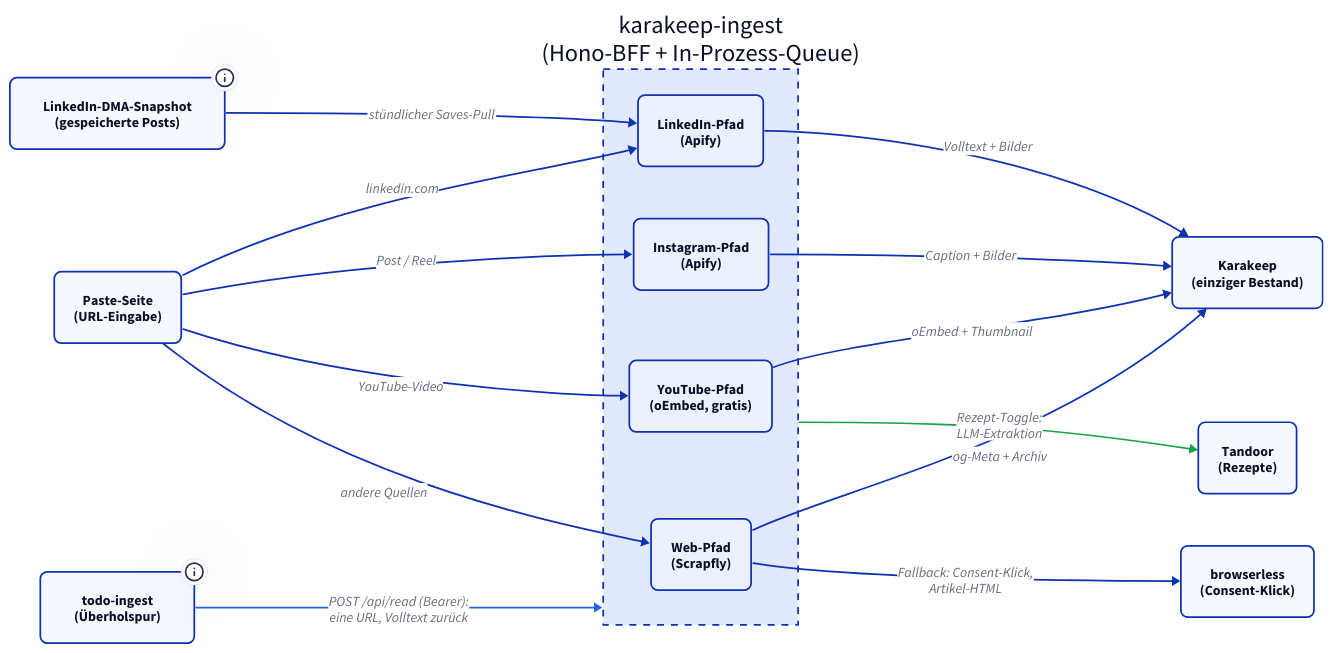
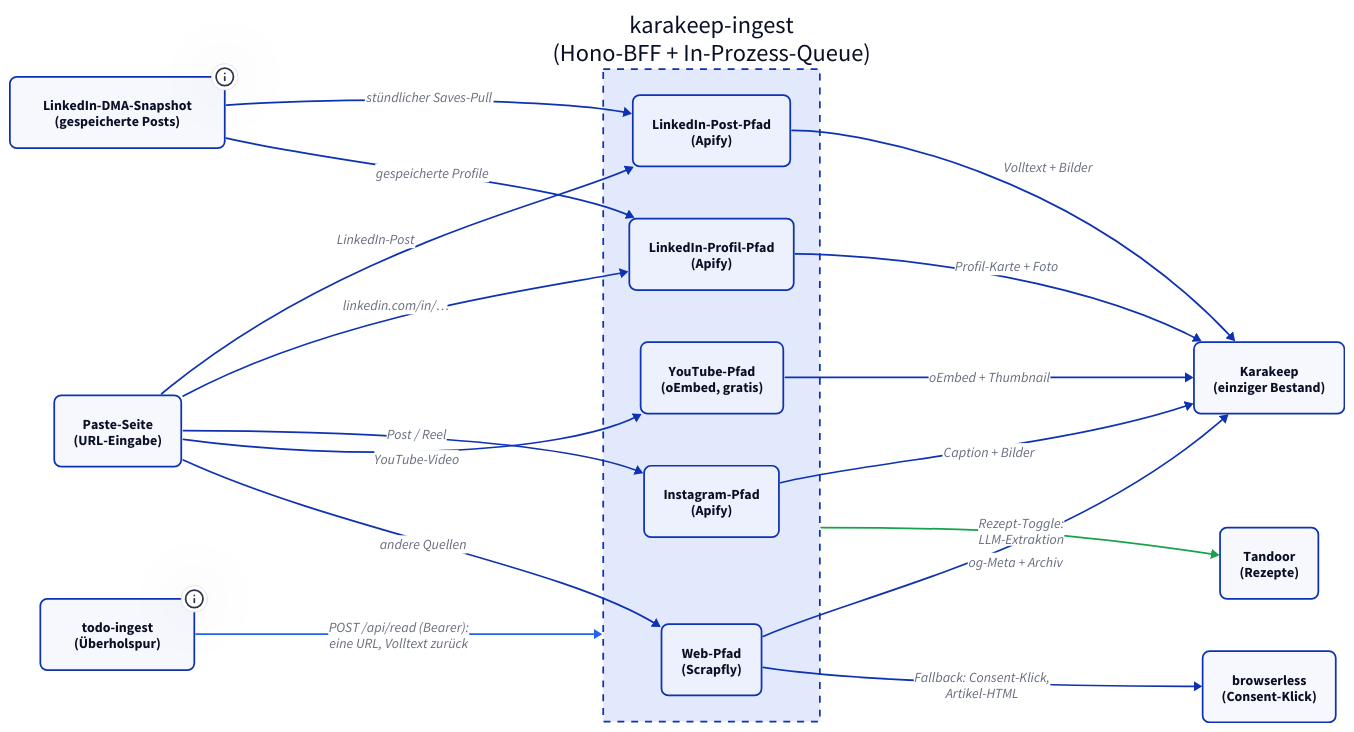
One commit to derever-labs/homelab-wiki changed the diagram in docs/dienste/karakeep-ingest/index.md. Above: the diagram before and after it, drawn with D2. The commit also changed other lines of this file, not shown here.

First line of the commit message:
docs(karakeep-ingest): LinkedIn-Profil-Pfad und Actor-Build-Pin dokumentieren

````diff
--- a/docs/dienste/karakeep-ingest/index.md
+++ b/docs/dienste/karakeep-ingest/index.md
@@ -34,46 +34,50 @@
 ```d2
 classes: {
   node: { style: { border-radius: 8 } }
 }
 
 direction: right
 
 UI: "Paste-Seite\n(URL-Eingabe)" { class: node }
 
 Read: "todo-ingest\n(Überholspur)" {
   class: node
   tooltip: "Einzel-Abruf eines diktierten Links, Bearer-authentisiert. Leiht einen Slot des Pipeline-Pools mit Vorrang und nimmt das Karakeep-Lesezeichen als Beifang mit"
 }
 
 DMA: "LinkedIn-DMA-Snapshot\n(gespeicherte Posts)" {
   class: node
   tooltip: "Stündlicher Abruf der Member-Data-Portability-API. Neue Saves laufen über den normalen LinkedIn-Pfad ein, eine Hochwassermarke macht den Nachzug verlustfrei"
 }
 
 Ingest: "karakeep-ingest\n(Hono-BFF + In-Prozess-Queue)" {
   style.stroke-dash: 4
-  LI: "LinkedIn-Pfad\n(Apify)" { class: node }
+  LI: "LinkedIn-Post-Pfad\n(Apify)" { class: node }
+  PROF: "LinkedIn-Profil-Pfad\n(Apify)" { class: node }
   IG: "Instagram-Pfad\n(Apify)" { class: node }
   YT: "YouTube-Pfad\n(oEmbed, gratis)" { class: node }
   WEB: "Web-Pfad\n(Scrapfly)" { class: node }
 }
 
 Karakeep: "Karakeep\n(einziger Bestand)" { class: node }
 
 Tandoor: "Tandoor\n(Rezepte)" { class: node }
 
 BL: "browserless\n(Consent-Klick)" { class: node }
 
-UI -> Ingest.LI: "linkedin.com"
+UI -> Ingest.LI: "LinkedIn-Post"
+UI -> Ingest.PROF: "linkedin.com/in/…"
 UI -> Ingest.IG: "Post / Reel"
 UI -> Ingest.YT: "YouTube-Video"
 UI -> Ingest.WEB: "andere Quellen"
 DMA -> Ingest.LI: "stündlicher Saves-Pull"
+DMA -> Ingest.PROF: "gespeicherte Profile"
 Ingest.LI -> Karakeep: "Volltext + Bilder"
+Ingest.PROF -> Karakeep: "Profil-Karte + Foto"
 Ingest.IG -> Karakeep: "Caption + Bilder"
 Ingest.YT -> Karakeep: "oEmbed + Thumbnail"
 Ingest.WEB -> Karakeep: "og-Meta + Archiv"
 Ingest.WEB -> BL: "Fallback: Consent-Klick,\nArtikel-HTML"
 Ingest -> Tandoor: "Rezept-Toggle:\nLLM-Extraktion" { style.stroke: "#16a34a" }
 Read -> Ingest: "POST /api/read (Bearer):\neine URL, Volltext zurück" { style.stroke: "#2563eb" }
 ```
````
